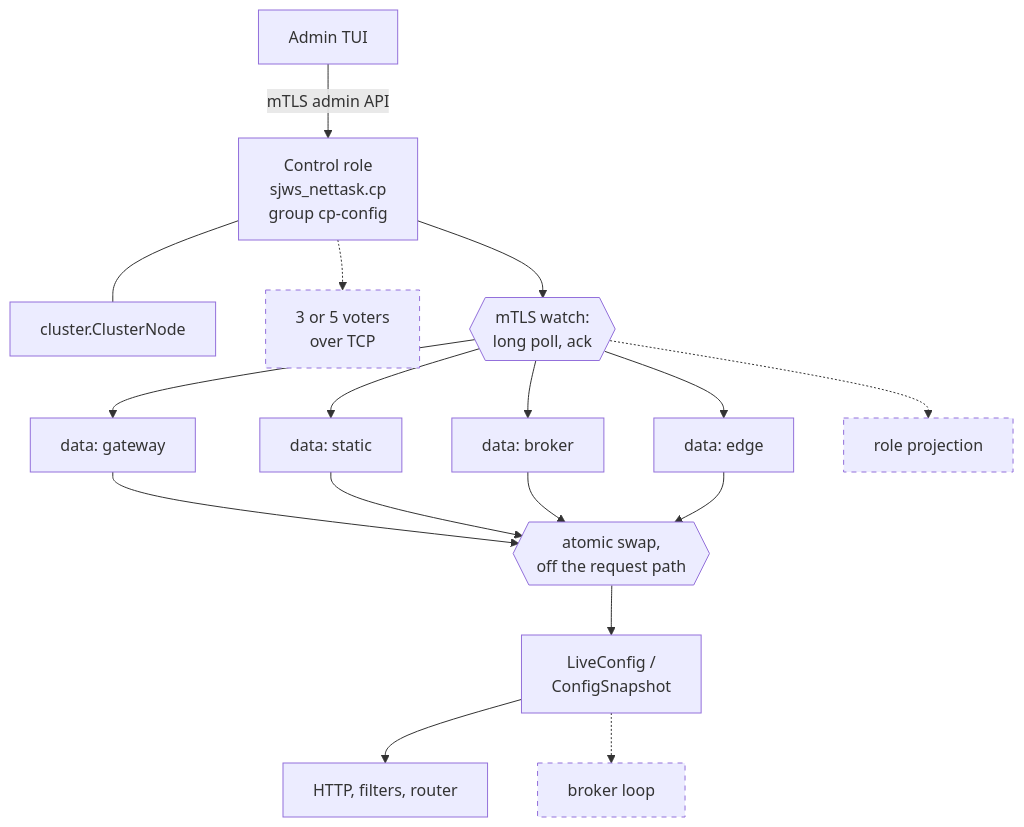
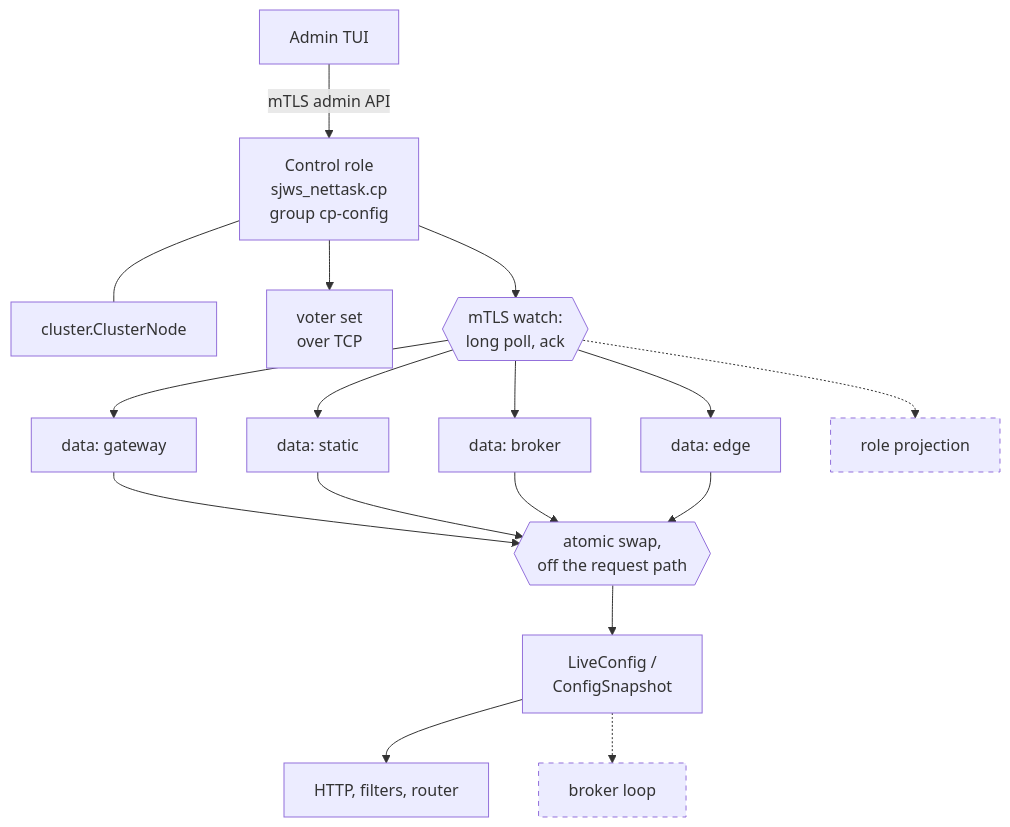
One commit to BlivionIaG/sjws_nettask changed the first of 6 diagrams in docs/design/control-plane.md. Above: the diagram before and after it, drawn with Mermaid. The commit also changed other lines of this file and 7 other files, not shown here.

First line of the commit message:
docs: update the diagrams for the 30 new master commits

````diff
--- a/docs/design/control-plane.md
+++ b/docs/design/control-plane.md
@@ -47,22 +47,22 @@
 ```mermaid
 flowchart TD
     tui["Admin TUI"] -->|"mTLS admin API"| cp["Control role<br/>sjws_nettask.cp<br/>group cp-config"]
     cp --- raft["cluster.ClusterNode"]
-    cp -.-> mv["3 or 5 voters<br/>over TCP"]
+    cp --> mv["voter set<br/>over TCP"]
     cp --> w{{"mTLS watch:<br/>long poll, ack"}}
     w --> g["data: gateway"]
     w --> st["data: static"]
     w --> b["data: broker"]
     w --> e["data: edge"]
     w -.-> pj["role projection"]
     g --> sw{{"atomic swap,<br/>off the request path"}}
     st --> sw
     b --> sw
     e --> sw
     sw --> live["LiveConfig /<br/>ConfigSnapshot"]
     live --> use["HTTP, filters, router"]
     live -.-> bl["broker loop"]
 
     classDef design stroke-dasharray: 5 5
-    class mv,pj,bl design
+    class pj,bl design
 ```
````
